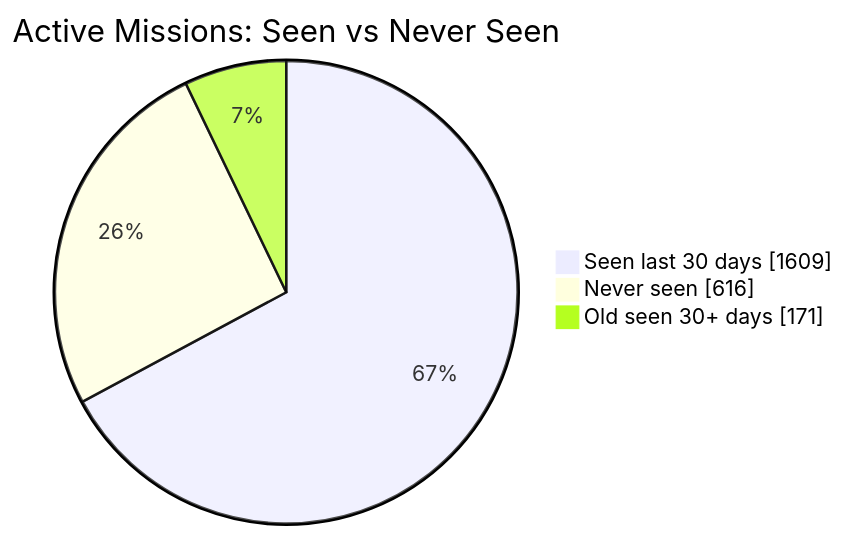
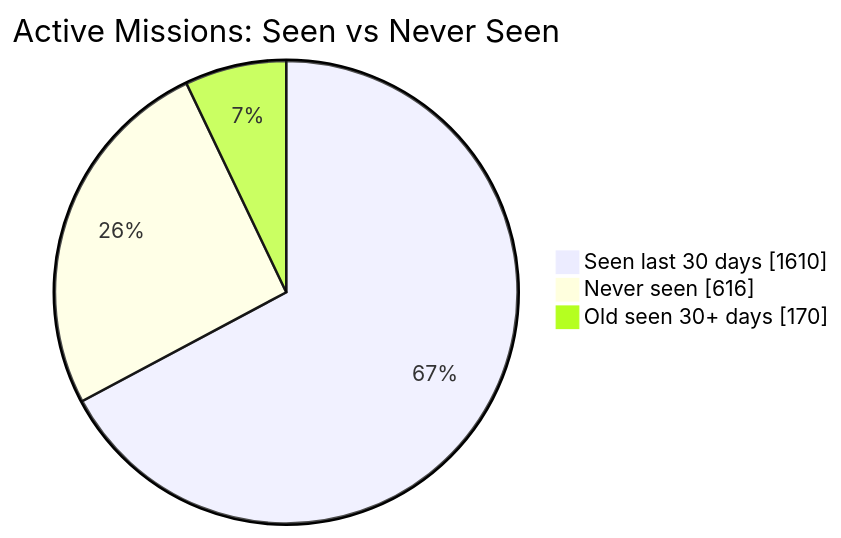
One commit to MeldkamerspelGameTeam/active-missions changed the first of 2 diagrams in README.md. Above: the diagram before and after it, drawn with Mermaid. The commit also changed other lines of this file and 2 other files, not shown here.

````diff
--- a/README.md
+++ b/README.md
@@ -34,7 +34,7 @@
 ```mermaid
 pie showData
     title Active Missions: Seen vs Never Seen
-    "Seen last 30 days" : 1609
+    "Seen last 30 days" : 1610
     "Never seen" : 616
-    "Old seen 30+ days" : 171
+    "Old seen 30+ days" : 170
 ```
````
